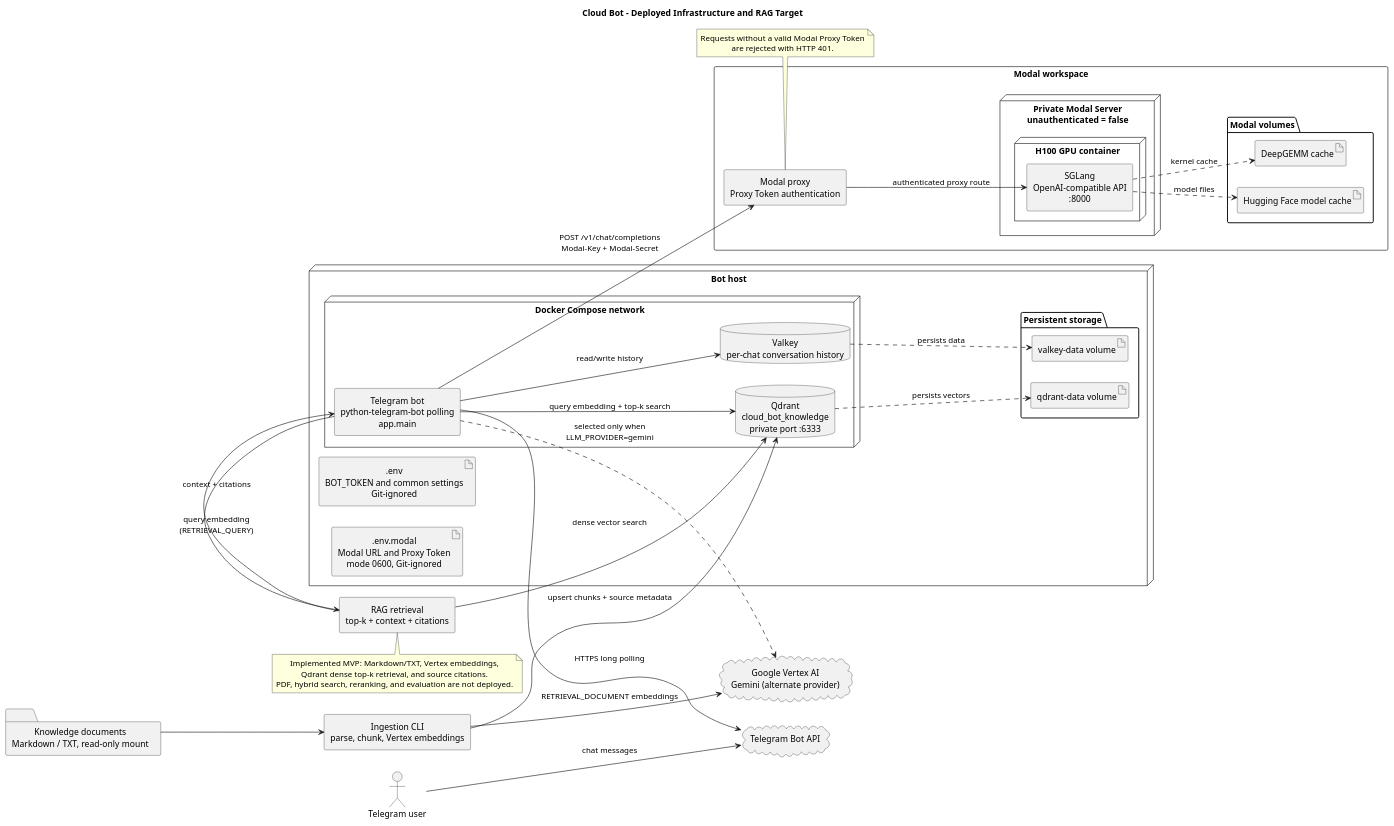
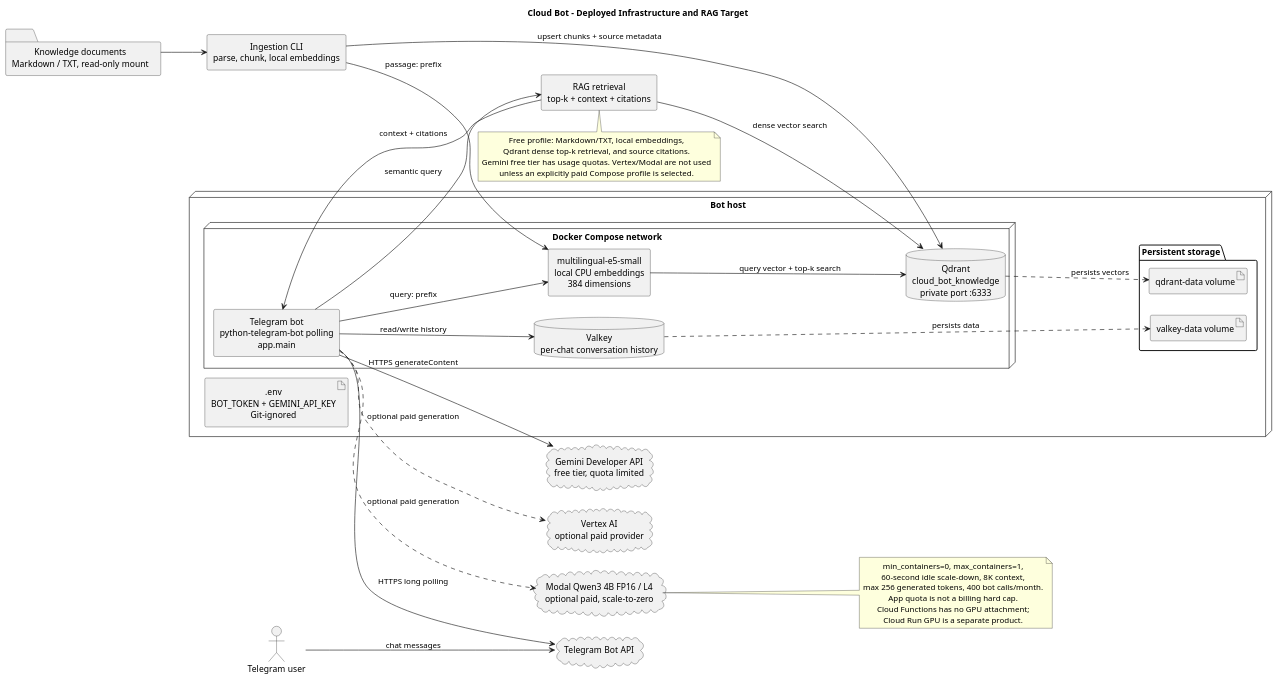
One commit to Vuchauduytung/telegram-bot changed the diagram in infrastructure.puml. Above: the diagram before and after it, drawn with PlantUML. The commit also changed 3 other files, not shown here.

Commit message:
docs: document budgeted Modal profile

```diff
--- a/infrastructure.puml
+++ b/infrastructure.puml
@@ -1,81 +1,71 @@
 @startuml cloud_bot_infrastructure
 title Cloud Bot - Deployed Infrastructure and RAG Target
 
 left to right direction
 skinparam componentStyle rectangle
 skinparam shadowing false
 skinparam packageStyle rectangle
 skinparam defaultTextAlignment center
 
 actor "Telegram user" as user
 cloud "Telegram Bot API" as telegram
-cloud "Google Vertex AI\nGemini (alternate provider)" as gemini
+cloud "Gemini Developer API\nfree tier, quota limited" as gemini_api
+cloud "Vertex AI\noptional paid provider" as vertex
+cloud "Modal Qwen3 4B FP16 / L4\noptional paid, scale-to-zero" as modal_paid
 
 node "Bot host" as host {
   node "Docker Compose network" as compose {
     component "Telegram bot\npython-telegram-bot polling\napp.main" as bot
+    component "multilingual-e5-small\nlocal CPU embeddings\n384 dimensions" as embedder
     database "Qdrant\ncloud_bot_knowledge\nprivate port :6333" as qdrant
     database "Valkey\nper-chat conversation history" as valkey
   }
 
   folder "Persistent storage" as storage {
     artifact "qdrant-data volume" as qdrant_data
     artifact "valkey-data volume" as valkey_data
   }
 
-  artifact ".env\nBOT_TOKEN and common settings\nGit-ignored" as bot_env
-  artifact ".env.modal\nModal URL and Proxy Token\nmode 0600, Git-ignored" as modal_env
-}
-
-package "Modal workspace" as modal_workspace {
-  component "Modal proxy\nProxy Token authentication" as modal_proxy
-
-  node "Private Modal Server\nunauthenticated = false" as modal_server {
-    node "H100 GPU container" as gpu_container {
-      component "SGLang\nOpenAI-compatible API\n:8000" as sglang
-    }
-  }
-
-  folder "Modal volumes" as modal_volumes {
-    artifact "Hugging Face model cache" as hf_cache
-    artifact "DeepGEMM cache" as deepgemm_cache
-  }
+  artifact ".env\nBOT_TOKEN + GEMINI_API_KEY\nGit-ignored" as bot_env
 }
 
 folder "Knowledge documents\nMarkdown / TXT, read-only mount" as documents
-component "Ingestion CLI\nparse, chunk, Vertex embeddings" as ingestion
+component "Ingestion CLI\nparse, chunk, local embeddings" as ingestion
 component "RAG retrieval\ntop-k + context + citations" as retrieval
 
 user --> telegram : chat messages
 bot --> telegram : HTTPS long polling
 bot --> valkey : read/write history
-bot --> qdrant : query embedding + top-k search
+bot --> embedder : query: prefix
+embedder --> qdrant : query vector + top-k search
 valkey ..> valkey_data : persists data
 qdrant ..> qdrant_data : persists vectors
 
-bot --> modal_proxy : POST /v1/chat/completions\nModal-Key + Modal-Secret
-modal_proxy --> sglang : authenticated proxy route
-sglang ..> hf_cache : model files
-sglang ..> deepgemm_cache : kernel cache
-
-bot ..> gemini : selected only when\nLLM_PROVIDER=gemini
+bot --> gemini_api : HTTPS generateContent
+bot ..> vertex : optional paid generation
+bot ..> modal_paid : optional paid generation
 
 documents --> ingestion
-ingestion --> gemini : RETRIEVAL_DOCUMENT embeddings
+ingestion --> embedder : passage: prefix
 ingestion --> qdrant : upsert chunks + source metadata
-bot --> retrieval : query embedding\n(RETRIEVAL_QUERY)
+bot --> retrieval : semantic query
 retrieval --> qdrant : dense vector search
 retrieval --> bot : context + citations
 
-note bottom of modal_proxy
-  Requests without a valid Modal Proxy Token
-  are rejected with HTTP 401.
+note bottom of retrieval
+  Free profile: Markdown/TXT, local embeddings,
+  Qdrant dense top-k retrieval, and source citations.
+  Gemini free tier has usage quotas. Vertex/Modal are not used
+  unless an explicitly paid Compose profile is selected.
 end note
 
-note bottom of retrieval
-  Implemented MVP: Markdown/TXT, Vertex embeddings,
-  Qdrant dense top-k retrieval, and source citations.
-  PDF, hybrid search, reranking, and evaluation are not deployed.
+note right of modal_paid
+  min_containers=0, max_containers=1,
+  60-second idle scale-down, 8K context,
+  max 256 generated tokens, 400 bot calls/month.
+  App quota is not a billing hard cap.
+  Cloud Functions has no GPU attachment;
+  Cloud Run GPU is a separate product.
 end note
 
 @enduml
```
